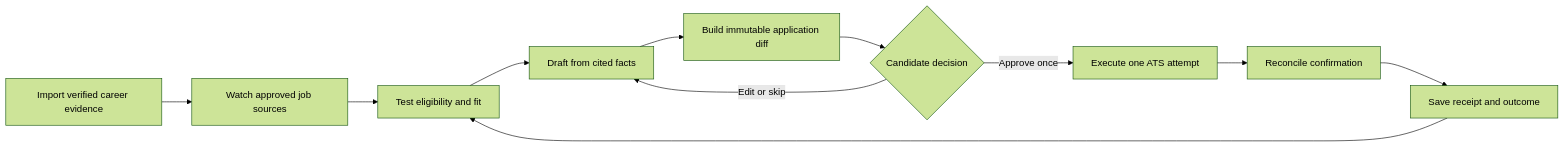
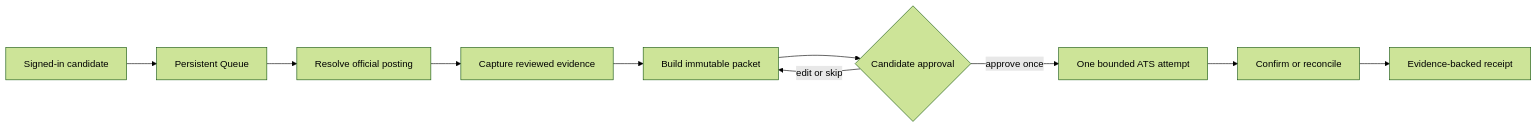
The diagram in README.md (zackrichland/roledawn), drawn with Mermaid (forest theme) before and after one commit. The commit also changed other lines of this file and 122 other files, not shown here.

Commit message:
Build and accept the persistent application foundation

````diff
--- a/README.md
+++ b/README.md
@@ -44,13 +84,12 @@
 ```mermaid
 flowchart LR
-    A["Import verified career evidence"] --> B["Watch approved job sources"]
-    B --> C["Test eligibility and fit"]
-    C --> D["Draft from cited facts"]
-    D --> E["Build immutable application diff"]
-    E --> F{"Candidate decision"}
-    F -->|"Edit or skip"| D
-    F -->|"Approve once"| G["Execute one ATS attempt"]
-    G --> H["Reconcile confirmation"]
-    H --> I["Save receipt and outcome"]
-    I --> C
+    U["Signed-in candidate"] --> Q["Persistent Queue"]
+    Q --> J["Resolve official posting"]
+    J --> E["Capture reviewed evidence"]
+    E --> P["Build immutable packet"]
+    P --> A{"Candidate approval"}
+    A -->|"edit or skip"| P
+    A -->|"approve once"| X["One bounded ATS attempt"]
+    X --> R["Confirm or reconcile"]
+    R --> O["Evidence-backed receipt"]
 ```
````
